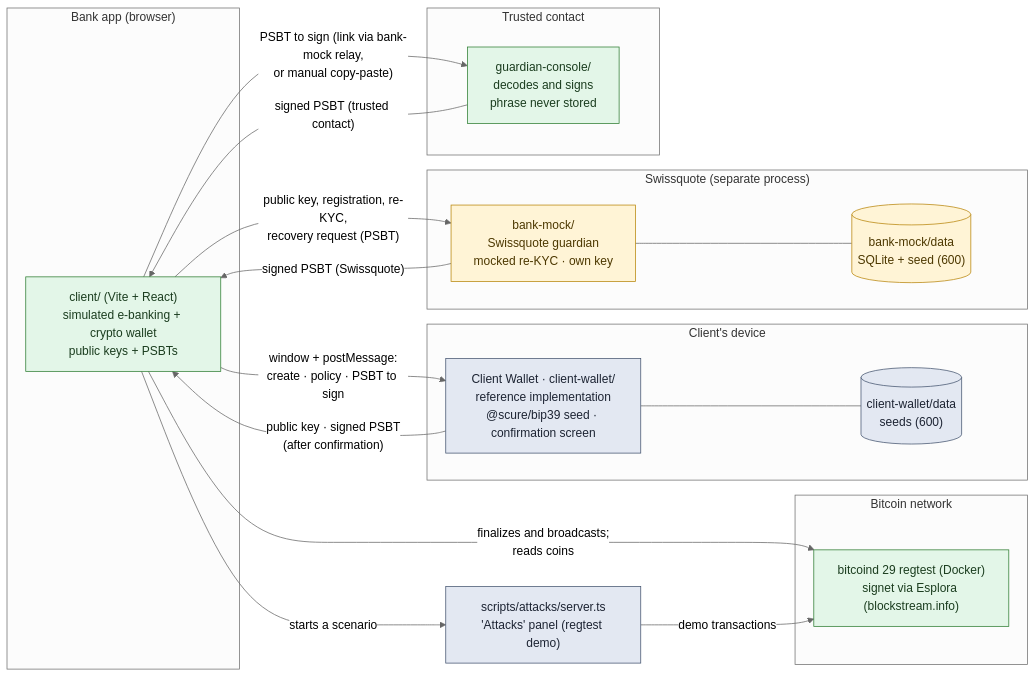
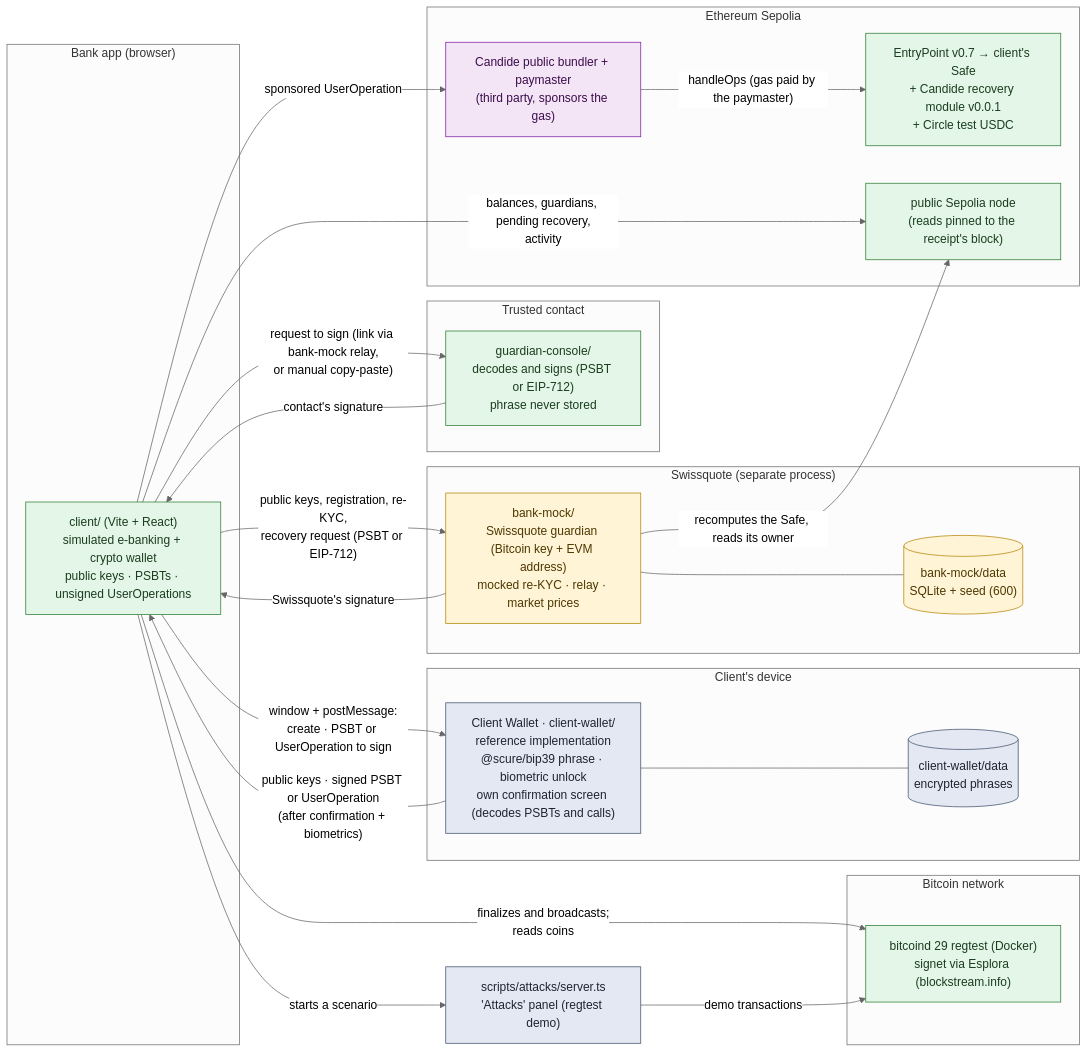
Before and after one commit to bilfrux/Swissquote-Wallet: the first of 3 diagrams in docs/architecture.md, drawn with Mermaid (neutral theme). The commit also changed other lines of this file and 1 other file, not shown here.

First line of the commit message:
Documentation : README et architecture couvrent Ethereum et le gasless

````diff
--- a/docs/architecture.md
+++ b/docs/architecture.md
@@ -8,42 +10,53 @@
 ```mermaid
 flowchart LR
   classDef reel fill:#e3f6e8,stroke:#2e7d32,color:#1b3d1f
   classDef mock fill:#fff4d6,stroke:#b8860b,color:#4d3800
   classDef demo fill:#e3e8f2,stroke:#44546f,color:#1d2433
+  classDef tiers fill:#f3e5f5,stroke:#7b1fa2,color:#3c0d4d
 
   subgraph Banque["Bank app (browser)"]
-    APP["client/ (Vite + React)<br/>simulated e-banking + crypto wallet<br/>public keys + PSBTs"]:::reel
+    APP["client/ (Vite + React)<br/>simulated e-banking + crypto wallet<br/>public keys · PSBTs · unsigned UserOperations"]:::reel
   end
 
   subgraph Appareil["Client's device"]
-    WALLET["Client Wallet · client-wallet/<br/>reference implementation<br/>@scure/bip39 seed · confirmation screen"]:::demo
-    WDB[("client-wallet/data<br/>seeds (600)")]:::demo
+    WALLET["Client Wallet · client-wallet/<br/>reference implementation<br/>@scure/bip39 phrase · biometric unlock<br/>own confirmation screen (decodes PSBTs and calls)"]:::demo
+    WDB[("client-wallet/data<br/>encrypted phrases")]:::demo
   end
 
   subgraph SQ["Swissquote (separate process)"]
-    BANK["bank-mock/<br/>Swissquote guardian<br/>mocked re-KYC · own key"]:::mock
+    BANK["bank-mock/<br/>Swissquote guardian (Bitcoin key + EVM address)<br/>mocked re-KYC · relay · market prices"]:::mock
     DB[("bank-mock/data<br/>SQLite + seed (600)")]:::mock
   end
 
   subgraph TIERS["Trusted contact"]
-    CONSOLE["guardian-console/<br/>decodes and signs<br/>phrase never stored"]:::reel
+    CONSOLE["guardian-console/<br/>decodes and signs (PSBT or EIP-712)<br/>phrase never stored"]:::reel
   end
 
-  subgraph CHAIN["Bitcoin network"]
+  subgraph BTC["Bitcoin network"]
     NODE["bitcoind 29 regtest (Docker)<br/>signet via Esplora (blockstream.info)"]:::reel
+  end
+
+  subgraph ETH["Ethereum Sepolia"]
+    BUNDLER["Candide public bundler + paymaster<br/>(third party, sponsors the gas)"]:::tiers
+    SAFE["EntryPoint v0.7 → client's Safe<br/>+ Candide recovery module v0.0.1<br/>+ Circle test USDC"]:::reel
+    RPC["public Sepolia node<br/>(reads pinned to the receipt's block)"]:::reel
   end
 
   ATT["scripts/attacks/server.ts<br/>'Attacks' panel (regtest demo)"]:::demo
 
-  APP -- "window + postMessage:<br/>create · policy · PSBT to sign" --> WALLET
-  WALLET -- "public key · signed PSBT<br/>(after confirmation)" --> APP
+  APP -- "window + postMessage:<br/>create · PSBT or UserOperation to sign" --> WALLET
+  WALLET -- "public keys · signed PSBT or UserOperation<br/>(after confirmation + biometrics)" --> APP
   WALLET --- WDB
-  APP -- "public key, registration, re-KYC,<br/>recovery request (PSBT)" --> BANK
+  APP -- "public keys, registration, re-KYC,<br/>recovery request (PSBT or EIP-712)" --> BANK
   BANK --- DB
-  BANK -- "signed PSBT (Swissquote)" --> APP
-  APP -- "PSBT to sign (link via bank-mock relay,<br/>or manual copy-paste)" --> CONSOLE
-  CONSOLE -- "signed PSBT (trusted contact)" --> APP
+  BANK -- "Swissquote's signature" --> APP
+  APP -- "request to sign (link via bank-mock relay,<br/>or manual copy-paste)" --> CONSOLE
+  CONSOLE -- "contact's signature" --> APP
   APP -- "finalizes and broadcasts;<br/>reads coins" --> NODE
+  APP -- "sponsored UserOperation" --> BUNDLER
+  BUNDLER -- "handleOps (gas paid by the paymaster)" --> SAFE
+  APP -- "balances, guardians, pending recovery,<br/>activity" --> RPC
+  BANK -- "recomputes the Safe, reads its owner" --> RPC
   APP -- "starts a scenario" --> ATT
   ATT -- "demo transactions" --> NODE
 ```
````
